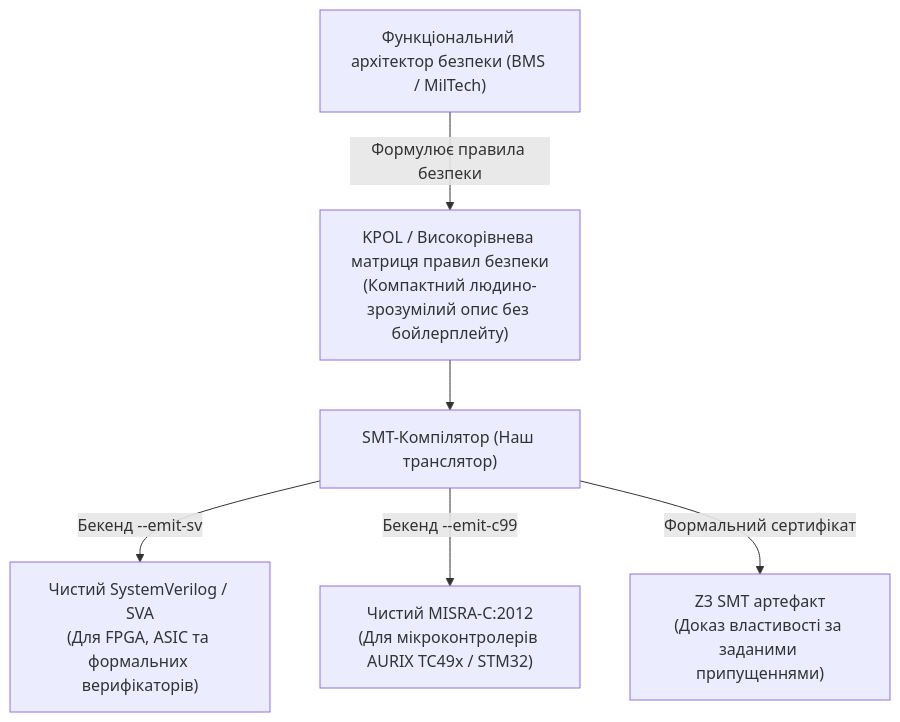
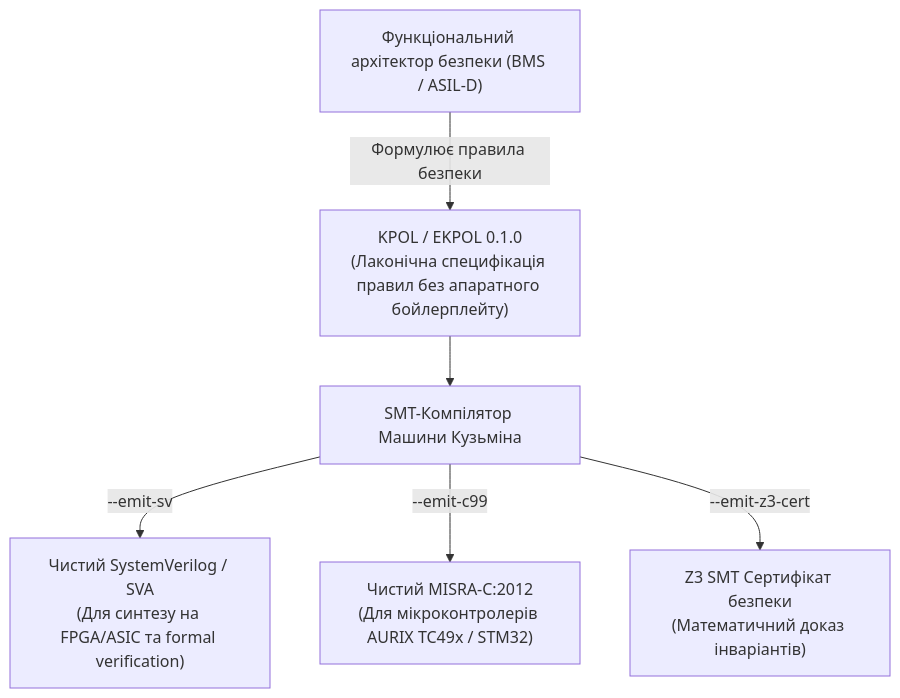
One commit to nick-fedchik/kuzmin-machine changed the second of 2 diagrams in Articles/KPOL-vs-SystemVerilog.md. Above: the diagram before and after it, drawn with Mermaid. The commit also changed other lines of this file, not shown here.

Commit message:
docs(article): замінити некомпіляційний псевдокод на канонічний верифікований KPOL/EKPOL

````diff
--- a/Articles/KPOL-vs-SystemVerilog.md
+++ b/Articles/KPOL-vs-SystemVerilog.md
@@ -379,16 +423,16 @@
 ```mermaid
 flowchart TD
-    Architect["Функціональний архітектор безпеки (BMS / MilTech)"]
-    KPOL_DSL["KPOL / Високорівнева матриця правил безпеки<br/>(Компактний людино-зрозумілий опис без бойлерплейту)"]
-    Compiler["SMT-Компілятор (Наш транслятор)"]
-    
-    SV_Out["Чистий SystemVerilog / SVA<br/>(Для FPGA, ASIC та формальних верифікаторів)"]
+    Architect["Функціональний архітектор безпеки (BMS / ASIL-D)"]
+    KPOL_DSL["KPOL / EKPOL 0.1.0<br/>(Лаконічна специфікація правил без апаратного бойлерплейту)"]
+    Compiler["SMT-Компілятор Машини Кузьміна"]
+
+    SV_Out["Чистий SystemVerilog / SVA<br/>(Для синтезу на FPGA/ASIC та formal verification)"]
     C_Out["Чистий MISRA-C:2012<br/>(Для мікроконтролерів AURIX TC49x / STM32)"]
-    Z3_Cert["Z3 SMT артефакт<br/>(Доказ властивості за заданими припущеннями)"]
+    Z3_Cert["Z3 SMT Сертифікат безпеки<br/>(Математичний доказ інваріантів)"]
 
     Architect -->|"Формулює правила безпеки"| KPOL_DSL
     KPOL_DSL --> Compiler
-    Compiler -->|"Бекенд --emit-sv"| SV_Out
-    Compiler -->|"Бекенд --emit-c99"| C_Out
-    Compiler -->|"Формальний сертифікат"| Z3_Cert
+    Compiler -->|"--emit-sv"| SV_Out
+    Compiler -->|"--emit-c99"| C_Out
+    Compiler -->|"--emit-z3-cert"| Z3_Cert
 ```
````
